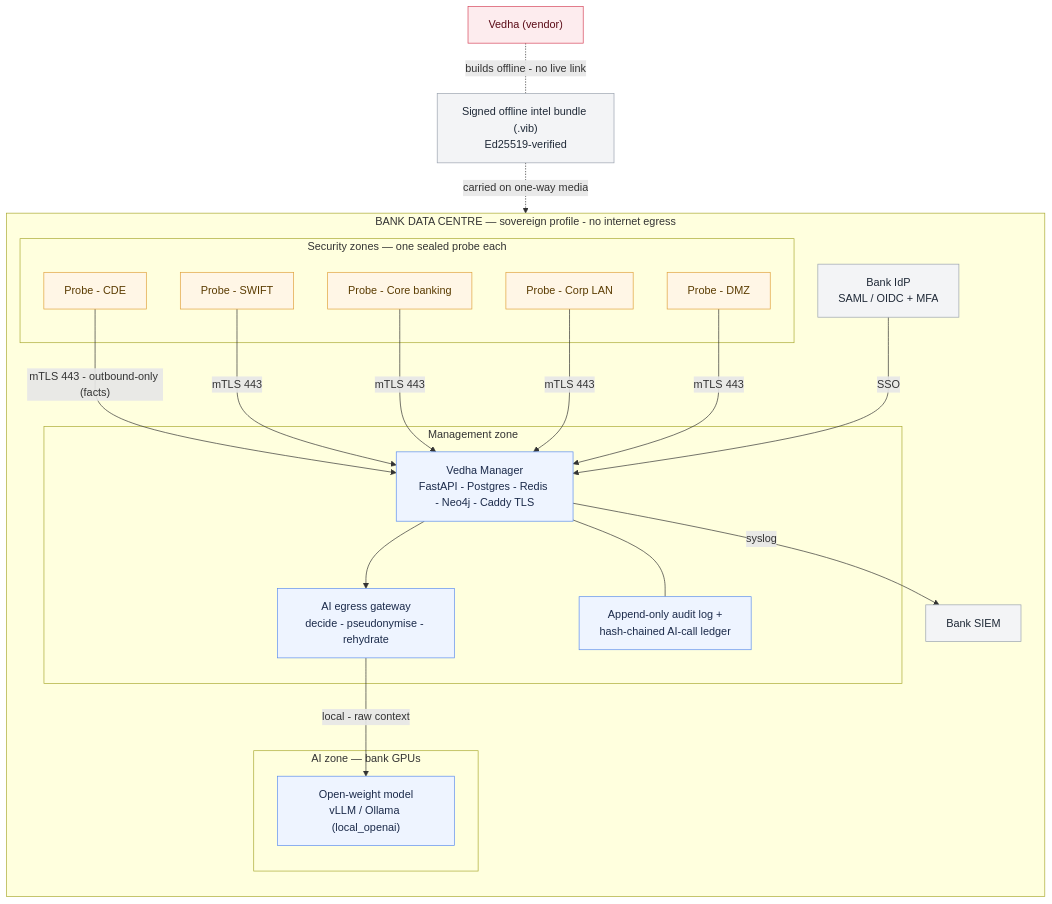
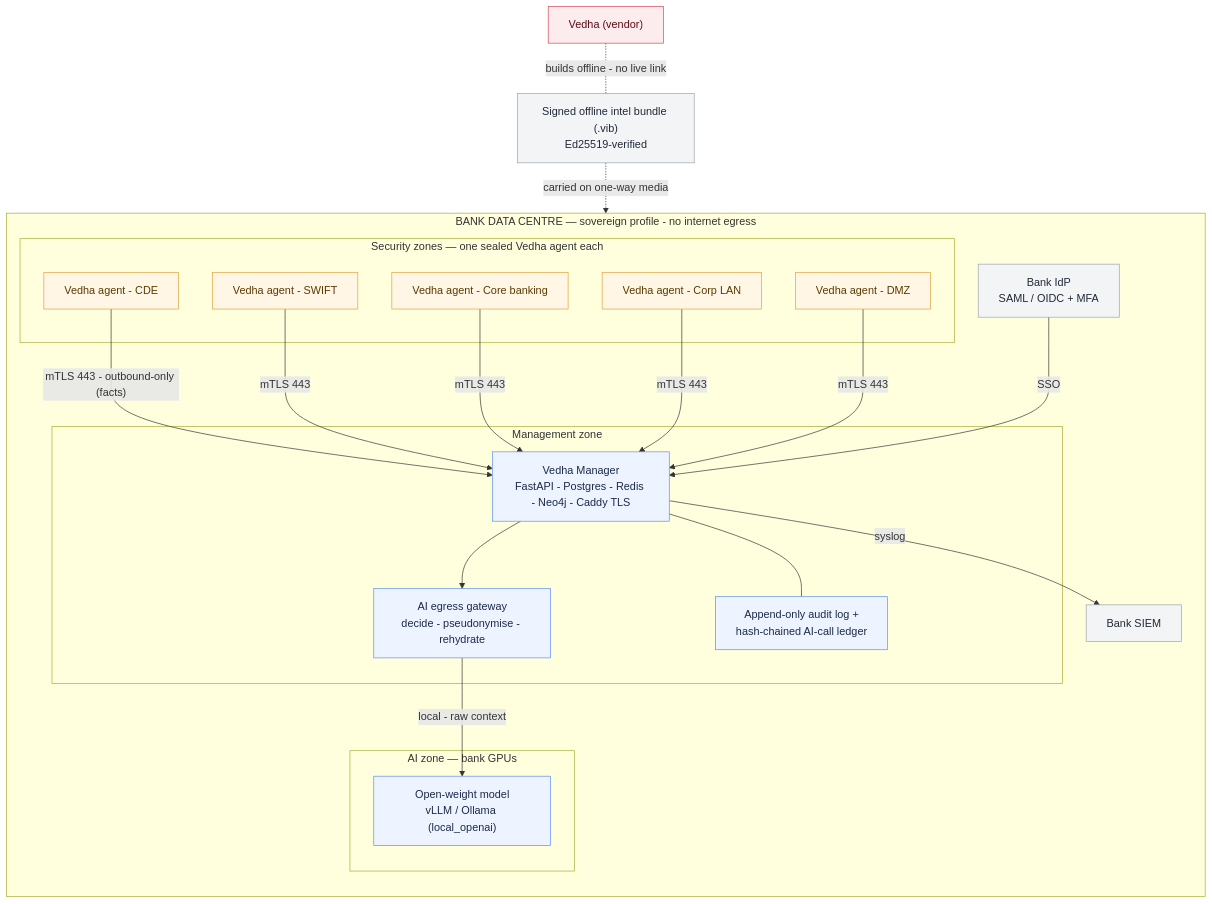
Before and after one commit to Rutikm18/Project-Vedha: the first of 2 diagrams in docs/adr/0003-bfsi-deployment-and-ai-gateway.md, drawn with Mermaid. The commit also changed other lines of this file, not shown here.

First line of the commit message:
docs(adr-0003): add hybrid-profile Mermaid diagram; rename probe→Vedha agent in diagrams

````diff
--- a/docs/adr/0003-bfsi-deployment-and-ai-gateway.md
+++ b/docs/adr/0003-bfsi-deployment-and-ai-gateway.md
@@ -94,44 +94,44 @@
 ```mermaid
 flowchart TB
   classDef mgmt fill:#eef4ff,stroke:#5b8def,color:#1b2a4a;
   classDef probe fill:#fff6e6,stroke:#e0a13c,color:#5a3b00;
   classDef ext fill:#f3f4f6,stroke:#9aa3af,color:#1f2937;
   classDef block fill:#fdecee,stroke:#d6455a,color:#5a0b16;
 
   subgraph BANK["BANK DATA CENTRE — sovereign profile - no internet egress"]
     direction TB
     IDP["Bank IdP<br/>SAML / OIDC + MFA"]:::ext
     SIEM["Bank SIEM"]:::ext
     subgraph MGMT["Management zone"]
       MGR["Vedha Manager<br/>FastAPI - Postgres - Redis - Neo4j - Caddy TLS"]:::mgmt
       GW["AI egress gateway<br/>decide - pseudonymise - rehydrate"]:::mgmt
       AUD["Append-only audit log +<br/>hash-chained AI-call ledger"]:::mgmt
     end
     subgraph AIZONE["AI zone — bank GPUs"]
       LLM["Open-weight model<br/>vLLM / Ollama (local_openai)"]:::mgmt
     end
-    subgraph ZONES["Security zones — one sealed probe each"]
-      P1["Probe - CDE"]:::probe
-      P2["Probe - SWIFT"]:::probe
-      P3["Probe - Core banking"]:::probe
-      P4["Probe - Corp LAN"]:::probe
-      P5["Probe - DMZ"]:::probe
+    subgraph ZONES["Security zones — one sealed Vedha agent each"]
+      P1["Vedha agent - CDE"]:::probe
+      P2["Vedha agent - SWIFT"]:::probe
+      P3["Vedha agent - Core banking"]:::probe
+      P4["Vedha agent - Corp LAN"]:::probe
+      P5["Vedha agent - DMZ"]:::probe
     end
   end
 
   VIB["Signed offline intel bundle (.vib)<br/>Ed25519-verified"]:::ext
   VENDOR["Vedha (vendor)"]:::block
 
   P1 -- "mTLS 443 - outbound-only (facts)" --> MGR
   P2 -- "mTLS 443" --> MGR
   P3 -- "mTLS 443" --> MGR
   P4 -- "mTLS 443" --> MGR
   P5 -- "mTLS 443" --> MGR
   IDP -- "SSO" --> MGR
   MGR --> GW
   GW -- "local - raw context" --> LLM
   MGR -- "syslog" --> SIEM
   MGR --- AUD
   VENDOR -. "builds offline - no live link" .- VIB
   VIB -. "carried on one-way media" .-> MGR
 ```
````
